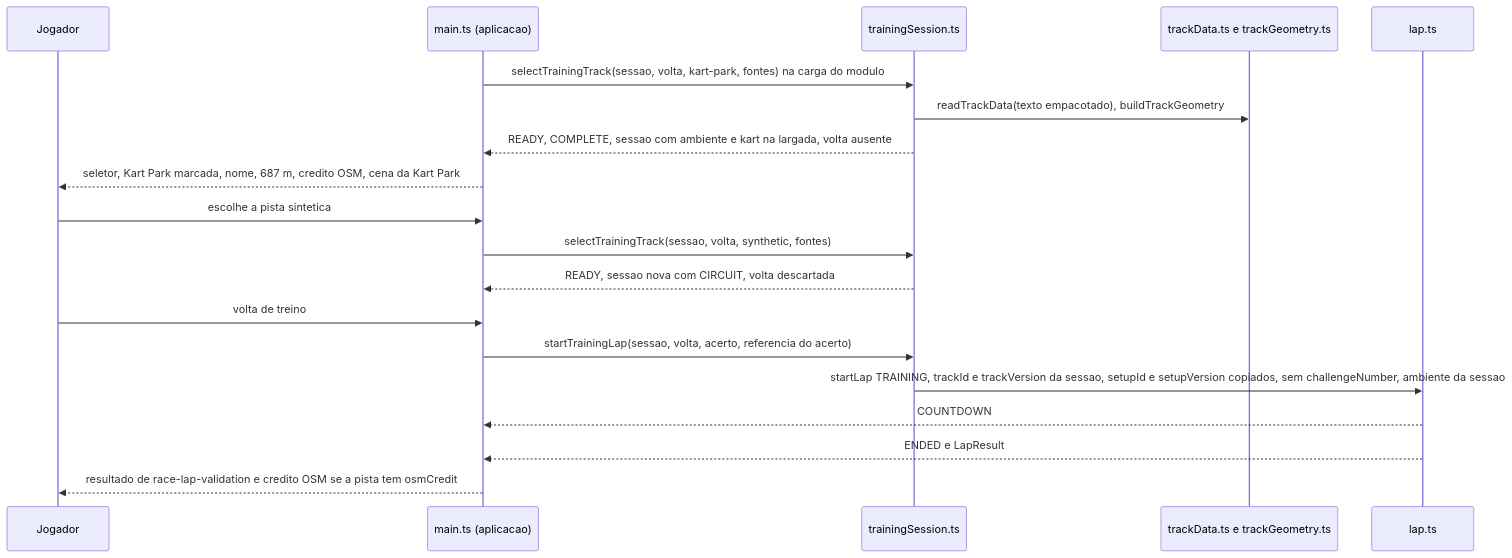
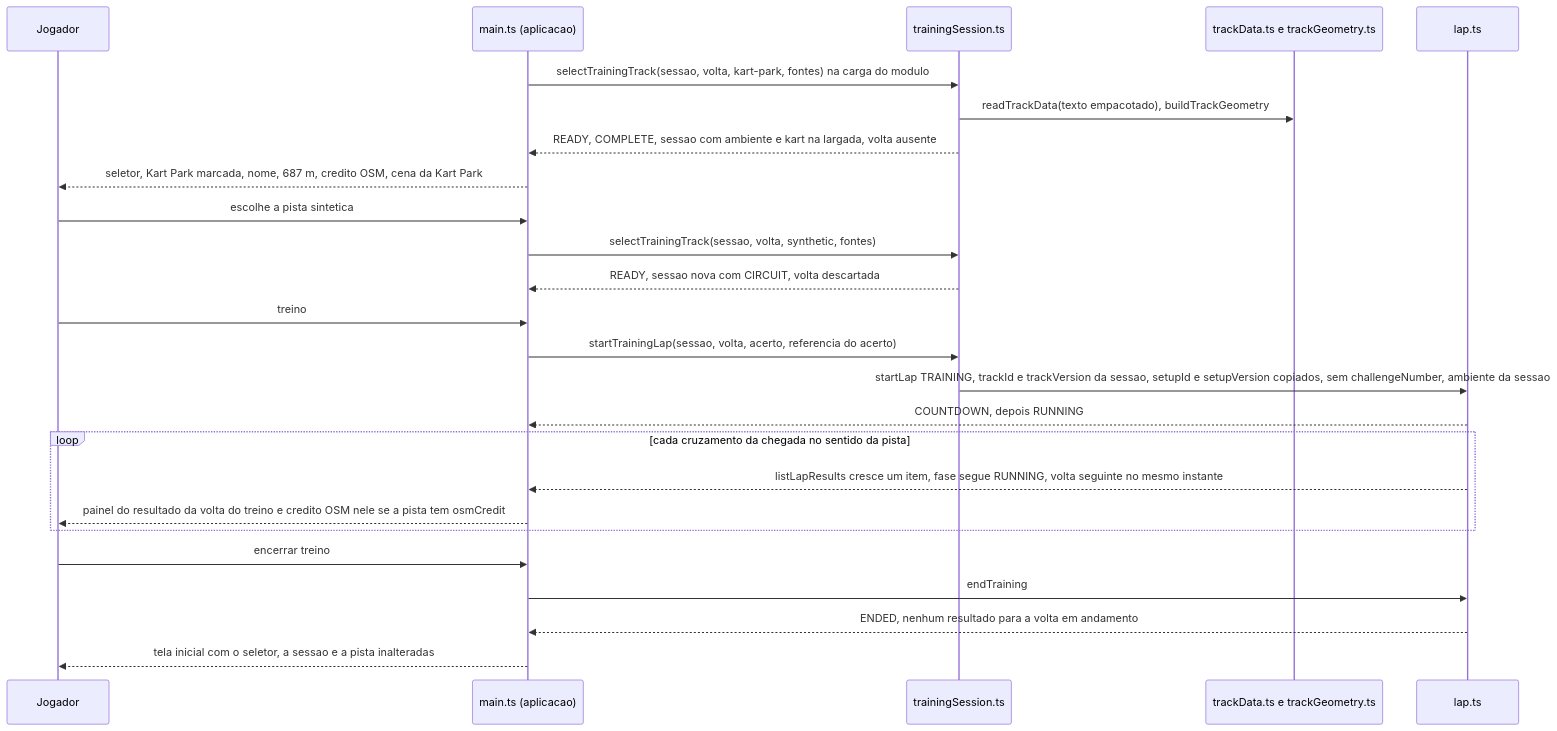
One commit to edumatosr6-svg/kartle-staging changed the first of 3 diagrams in 300 Specs/330 D-Specs/Output/pista-kart-park/01-architecture.md. Above: the diagram before and after it, drawn with Mermaid. The commit also changed other lines of this file and 23 other files, not shown here.

Commit message:
pista-kart-park: D-Spec alinhado ao treino de voltas seguidas (revalidado); feedbacks cruzados registrados

````diff
--- a/300 Specs/330 D-Specs/Output/pista-kart-park/01-architecture.md
+++ b/300 Specs/330 D-Specs/Output/pista-kart-park/01-architecture.md
@@ -104,21 +106,27 @@
 ```mermaid
 sequenceDiagram
     participant J as Jogador
     participant M as main.ts (aplicacao)
     participant T as trainingSession.ts
     participant D as trackData.ts e trackGeometry.ts
     participant L as lap.ts
     M->>T: selectTrainingTrack(sessao, volta, kart-park, fontes) na carga do modulo
     T->>D: readTrackData(texto empacotado), buildTrackGeometry
     T-->>M: READY, COMPLETE, sessao com ambiente e kart na largada, volta ausente
     M-->>J: seletor, Kart Park marcada, nome, 687 m, credito OSM, cena da Kart Park
     J->>M: escolhe a pista sintetica
     M->>T: selectTrainingTrack(sessao, volta, synthetic, fontes)
     T-->>M: READY, sessao nova com CIRCUIT, volta descartada
-    J->>M: volta de treino
+    J->>M: treino
     M->>T: startTrainingLap(sessao, volta, acerto, referencia do acerto)
     T->>L: startLap TRAINING, trackId e trackVersion da sessao, setupId e setupVersion copiados, sem challengeNumber, ambiente da sessao
-    L-->>M: COUNTDOWN
-    L-->>M: ENDED e LapResult
-    M-->>J: resultado de race-lap-validation e credito OSM se a pista tem osmCredit
+    L-->>M: COUNTDOWN, depois RUNNING
+    loop cada cruzamento da chegada no sentido da pista
+        L-->>M: listLapResults cresce um item, fase segue RUNNING, volta seguinte no mesmo instante
+        M-->>J: painel do resultado da volta do treino e credito OSM nele se a pista tem osmCredit
+    end
+    J->>M: encerrar treino
+    M->>L: endTraining
+    L-->>M: ENDED, nenhum resultado para a volta em andamento
+    M-->>J: tela inicial com o seletor, a sessao e a pista inalteradas
 ```
````
